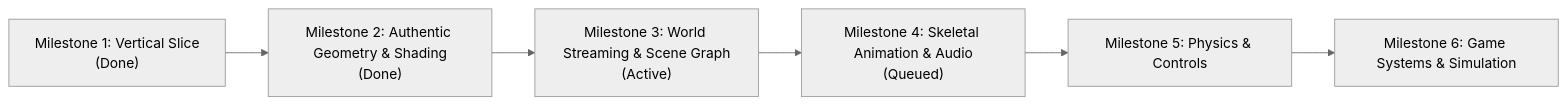
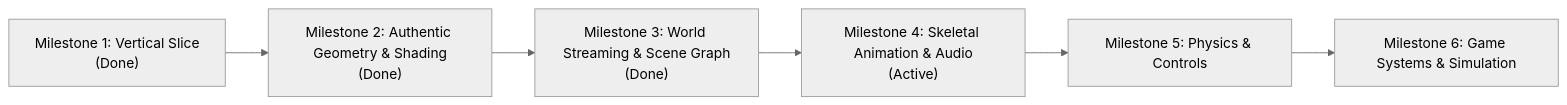
The diagram in docs/roadmap.md (the-rohit-kumar/sleeping-dogs-web), drawn with Mermaid (neutral theme) before and after one commit. The commit also changed other lines of this file and 15 other files, not shown here.

First line of the commit message:
Complete Milestone 3: World Streaming, Multi-Node Scene Graph & Street Free-Fly Camera

````diff
--- a/docs/roadmap.md
+++ b/docs/roadmap.md
@@ -10,8 +10,8 @@
 ```mermaid
 flowchart LR
     M1["Milestone 1: Vertical Slice<br/>(Done)"] --> M2["Milestone 2: Authentic Geometry & Shading<br/>(Done)"]
-    M2 --> M3["Milestone 3: World Streaming & Scene Graph<br/>(Active)"]
-    M3 --> M4["Milestone 4: Skeletal Animation & Audio<br/>(Queued)"]
+    M2 --> M3["Milestone 3: World Streaming & Scene Graph<br/>(Done)"]
+    M3 --> M4["Milestone 4: Skeletal Animation & Audio<br/>(Active)"]
     M4 --> M5["Milestone 5: Physics & Controls"]
     M5 --> M6["Milestone 6: Game Systems & Simulation"]
 ```
````
